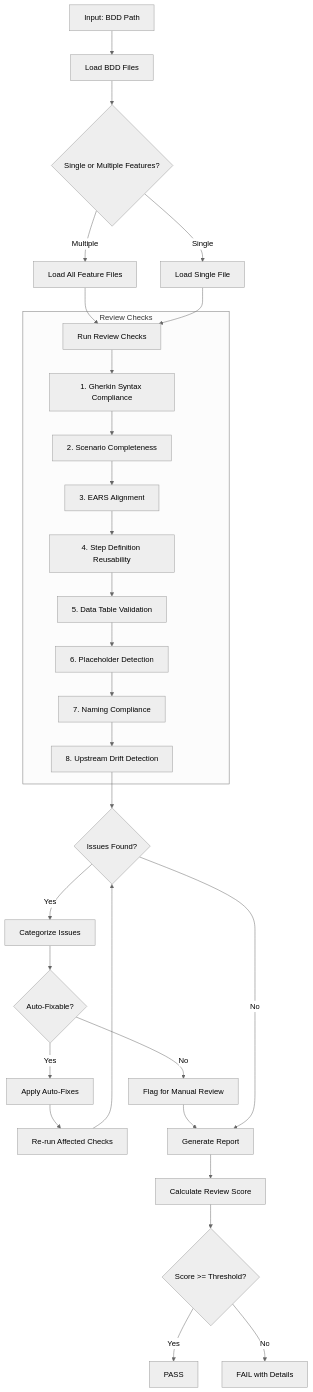
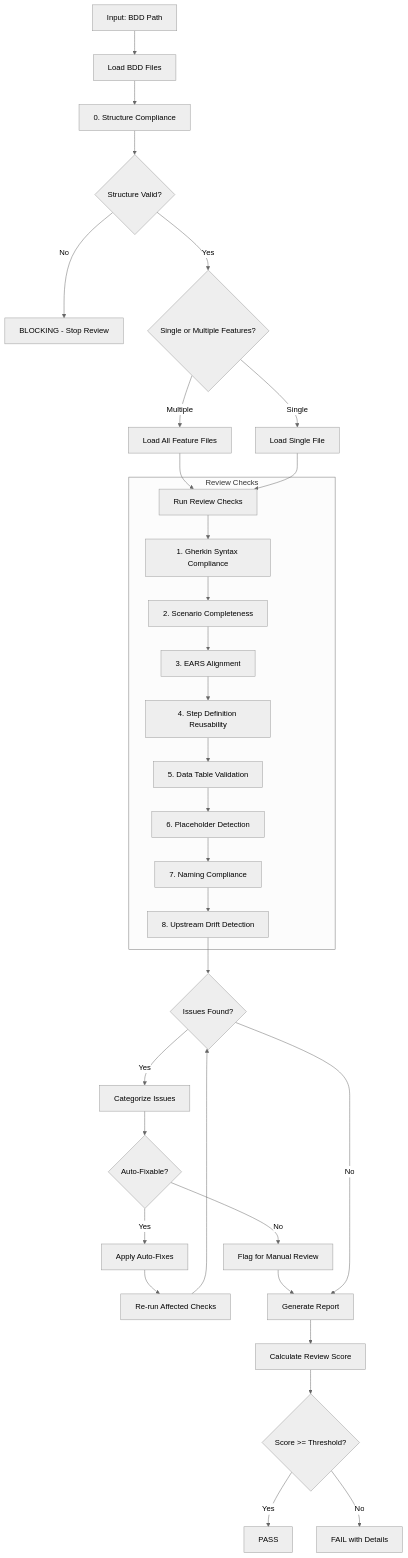
One commit to vladm3105/aidoc-flow-framework changed the first of 2 diagrams in .claude/skills/doc-bdd-reviewer/SKILL.md. Above: the diagram before and after it, drawn with Mermaid (neutral theme). The commit also changed other lines of this file and 28 other files, not shown here.

````diff
--- a/.claude/skills/doc-bdd-reviewer/SKILL.md
+++ b/.claude/skills/doc-bdd-reviewer/SKILL.md
@@ -69,36 +69,39 @@
 ```mermaid
 flowchart TD
     A[Input: BDD Path] --> B[Load BDD Files]
-    B --> C{Single or Multiple Features?}
+    B --> B2[0. Structure Compliance]
+    B2 --> B3{Structure Valid?}
+    B3 -->|No| B4[BLOCKING - Stop Review]
+    B3 -->|Yes| C{Single or Multiple Features?}
 
     C -->|Multiple| D[Load All Feature Files]
     C -->|Single| E[Load Single File]
 
     D --> F[Run Review Checks]
     E --> F
 
     subgraph Review["Review Checks"]
         F --> G[1. Gherkin Syntax Compliance]
         G --> H[2. Scenario Completeness]
         H --> I[3. EARS Alignment]
         I --> J[4. Step Definition Reusability]
         J --> K[5. Data Table Validation]
         K --> L[6. Placeholder Detection]
         L --> M[7. Naming Compliance]
         M --> M2[8. Upstream Drift Detection]
     end
 
     M2 --> N{Issues Found?}
     N -->|Yes| O[Categorize Issues]
     O --> P{Auto-Fixable?}
     P -->|Yes| Q[Apply Auto-Fixes]
     Q --> R[Re-run Affected Checks]
     P -->|No| S[Flag for Manual Review]
     R --> N
     S --> T[Generate Report]
     N -->|No| T
     T --> U[Calculate Review Score]
     U --> V{Score >= Threshold?}
     V -->|Yes| W[PASS]
     V -->|No| X[FAIL with Details]
 ```
````
